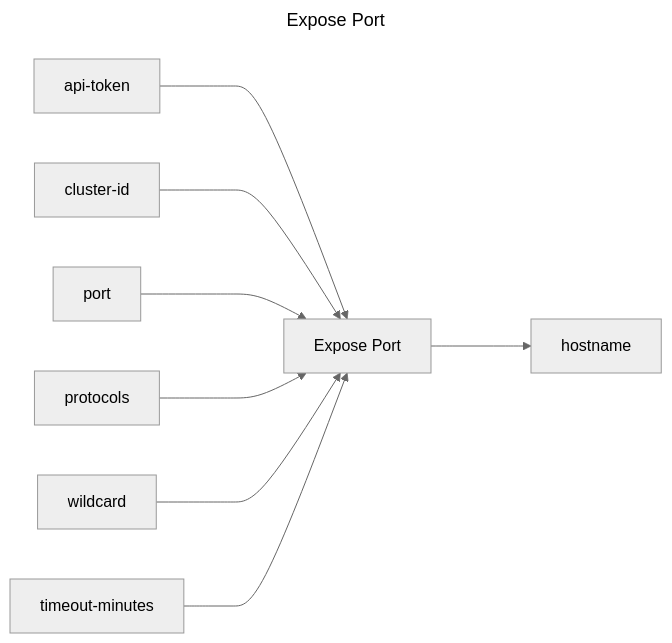
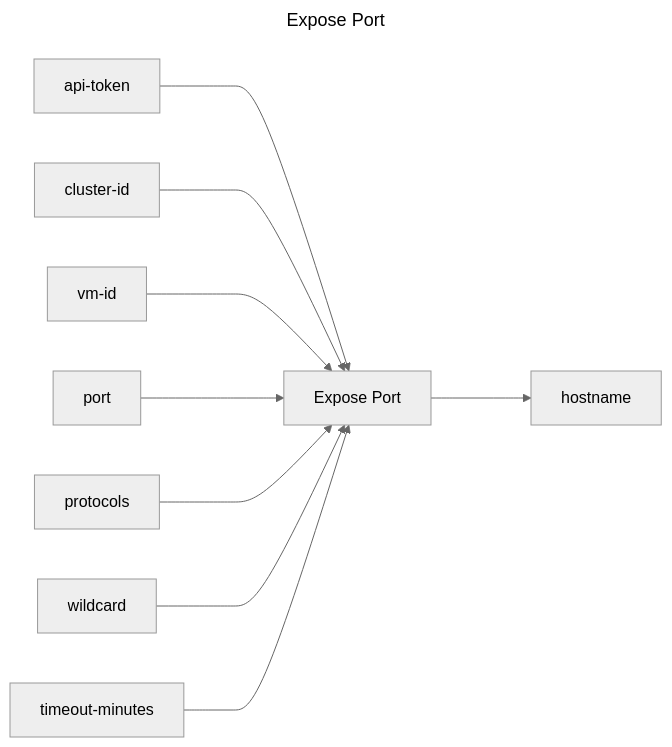
Before and after one commit to replicatedhq/replicated-actions: the diagram in expose-port/README.md, drawn with Mermaid (neutral theme). The commit also changed other lines of this file and 56 other files, not shown here.

First line of the commit message:
feat: add create-channel and get-vm-ssh-endpoint actions; update expose-port for VM ID (#112)

````diff
--- a/expose-port/README.md
+++ b/expose-port/README.md
@@ -3,21 +3,23 @@
 ```mermaid
 ---
 title: Expose Port
 ---
 graph LR
 expose_port["Expose Port"]
 api_token["api-token"]
 cluster_id["cluster-id"]
+vm_id["vm-id"]
 port["port"]
 protocols["protocols"]
 wildcard["wildcard"]
 timeout_minutes["timeout-minutes"]
 hostname["hostname"]
 api_token ---> expose_port
 cluster_id ---> expose_port
+vm_id ---> expose_port
 port ---> expose_port
 protocols ---> expose_port
 wildcard ---> expose_port
 timeout_minutes ---> expose_port
 expose_port ---> hostname
 ```
````
